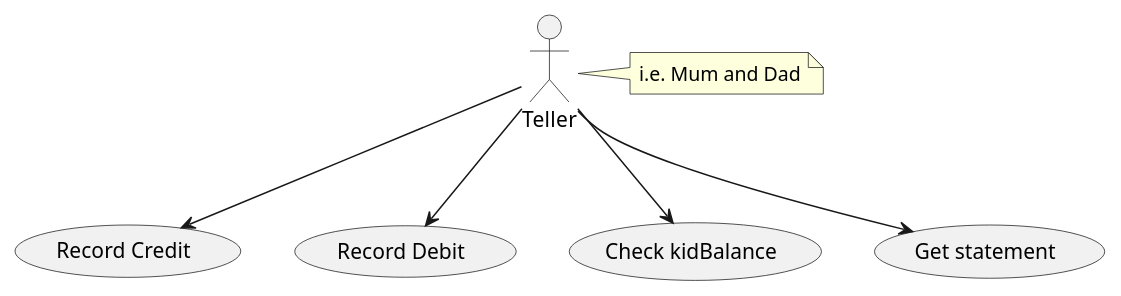
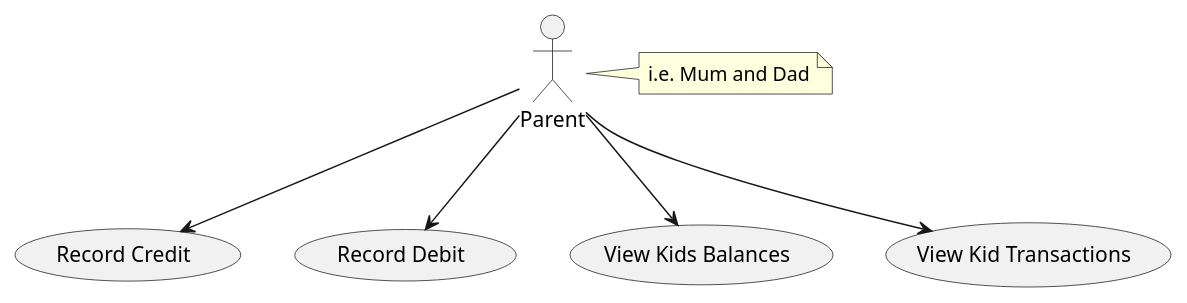
The diagram in piggybank-spring-monolith/docs/use-cases.puml (joaovicente/piggybank), drawn with PlantUML before and after one commit. The commit also changed 3 other files, not shown here.

Commit message:
updated uml to reflect current domain model and views

```diff
--- a/piggybank-spring-monolith/docs/use-cases.puml
+++ b/piggybank-spring-monolith/docs/use-cases.puml
@@ -1,11 +1,11 @@
 @startuml
 
-actor Teller
-note right of Teller : i.e. Mum and Dad
+actor Parent
+note right of Parent : i.e. Mum and Dad
 
-Teller --> (Record Credit)
-Teller --> (Record Debit)
-Teller --> (Check kidBalance)
-Teller --> (Get statement)
+Parent --> (Record Credit)
+Parent --> (Record Debit)
+Parent --> (View Kids Balances)
+Parent --> (View Kid Transactions)
 
 @enduml
```
